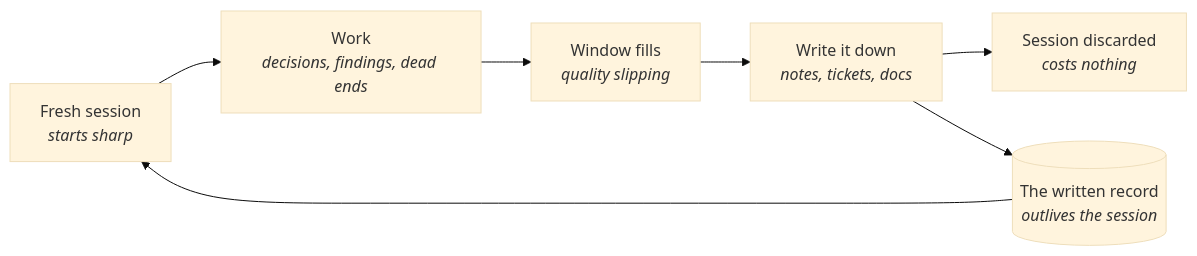
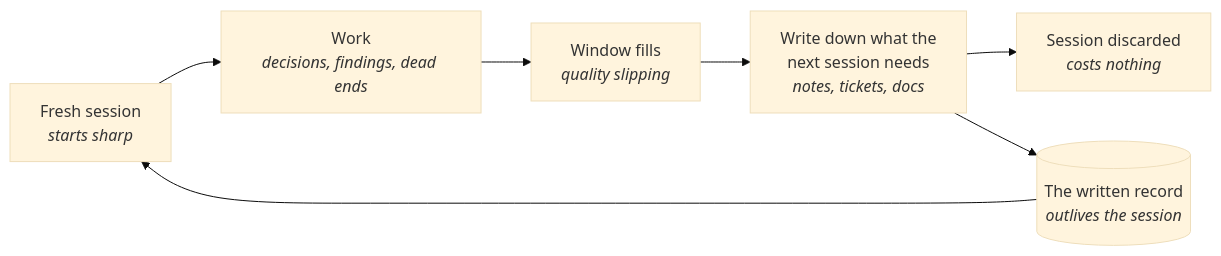
The second of 2 diagrams in modules/m1-the-context-window.md (solution8-com/agentic-playbook), drawn with Mermaid (base theme) before and after one commit. The commit also changed other lines of this file and 15 other files, not shown here.

````diff
--- a/modules/m1-the-context-window.md
+++ b/modules/m1-the-context-window.md
@@ -97,9 +98,9 @@
 ```mermaid
 flowchart LR
     F["Fresh session<br><i>starts sharp</i>"] --> W["Work<br><i>decisions, findings, dead ends</i>"]
     W --> Z["Window fills<br><i>quality slipping</i>"]
-    Z --> N["Write it down<br><i>notes, tickets, docs</i>"]
+    Z --> N["Write down what the<br>next session needs<br><i>notes, tickets, docs</i>"]
     N --> X["Session discarded<br><i>costs nothing</i>"]
     N --> R[("The written record<br><i>outlives the session</i>")]
     R --> F
 ```
````
